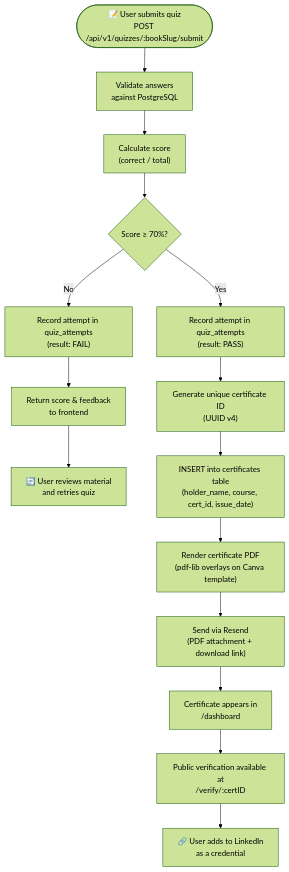
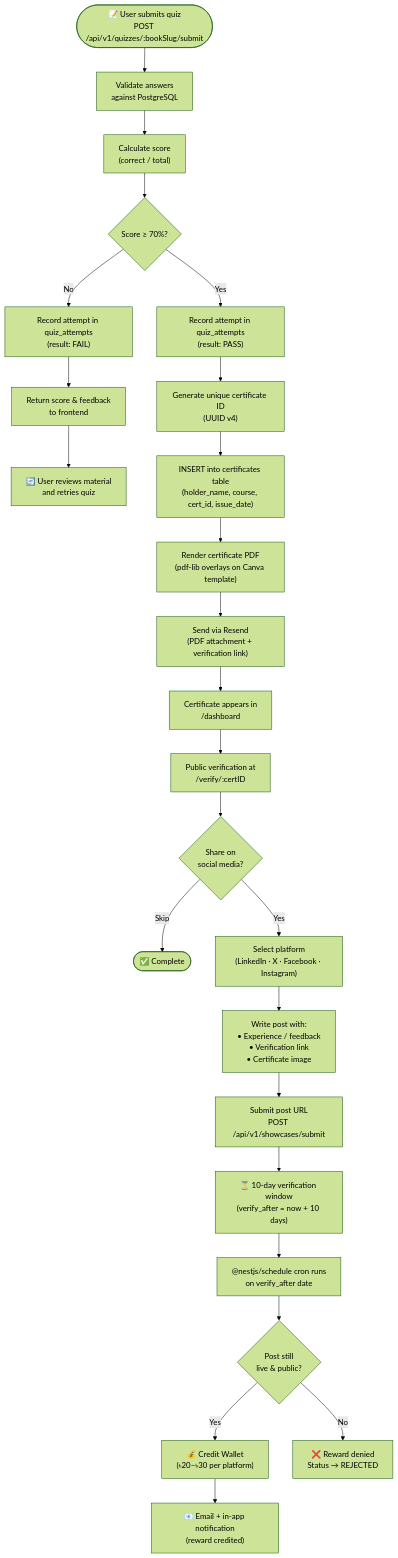
Before and after one commit to SagarBiswas-MultiHAT/academy: the diagram in diagrams/07-certificate-issuance-flow.md, drawn with Mermaid (forest theme). The commit also changed other lines of this file and 15 other files, not shown here.

Commit message:
docs: add architectural diagrams, visual assets, and update project documentation

````diff
--- a/diagrams/07-certificate-issuance-flow.md
+++ b/diagrams/07-certificate-issuance-flow.md
@@ -5,19 +5,30 @@
 ```mermaid
 flowchart TD
     start(["📝 User submits quiz\nPOST /api/v1/quizzes/:bookSlug/submit"]) --> validate["Validate answers\nagainst PostgreSQL"]
     validate --> score["Calculate score\n(correct / total)"]
     score --> pass{"Score ≥ 70%?"}
 
     pass -- "No" --> fail_record["Record attempt in quiz_attempts\n(result: FAIL)"]
     fail_record --> feedback["Return score & feedback\nto frontend"]
     feedback --> retry["🔄 User reviews material\nand retries quiz"]
 
     pass -- "Yes" --> pass_record["Record attempt in quiz_attempts\n(result: PASS)"]
     pass_record --> gen_id["Generate unique certificate ID\n(UUID v4)"]
     gen_id --> create_row["INSERT into certificates table\n(holder_name, course, cert_id, issue_date)"]
     create_row --> render_pdf["Render certificate PDF\n(pdf-lib overlays on Canva template)"]
-    render_pdf --> send_email["Send via Resend\n(PDF attachment + download link)"]
+    render_pdf --> send_email["Send via Resend\n(PDF attachment + verification link)"]
     send_email --> dashboard["Certificate appears in\n/dashboard"]
-    dashboard --> verify["Public verification available at\n/verify/:certID"]
-    verify --> linkedin["🔗 User adds to LinkedIn\nas a credential"]
+    dashboard --> verify["Public verification at\n/verify/:certID"]
+
+    verify --> showcase_prompt{"Share on\nsocial media?"}
+    showcase_prompt -- "Skip" --> done(["✅ Complete"])
+    showcase_prompt -- "Yes" --> pick_platform["Select platform\n(LinkedIn · X · Facebook · Instagram)"]
+    pick_platform --> write_post["Write post with:\n• Experience / feedback\n• Verification link\n• Certificate image"]
+    write_post --> submit_url["Submit post URL\nPOST /api/v1/showcases/submit"]
+    submit_url --> timer["⏳ 10-day verification window\n(verify_after = now + 10 days)"]
+    timer --> cron_check["@nestjs/schedule cron runs\non verify_after date"]
+    cron_check --> check_live{"Post still\nlive & public?"}
+    check_live -- "Yes" --> credit["💰 Credit Wallet\n(৳20–৳30 per platform)"]
+    credit --> notify_user["📧 Email + in-app notification\n(reward credited)"]
+    check_live -- "No" --> reject["❌ Reward denied\nStatus → REJECTED"]
 ```
````
